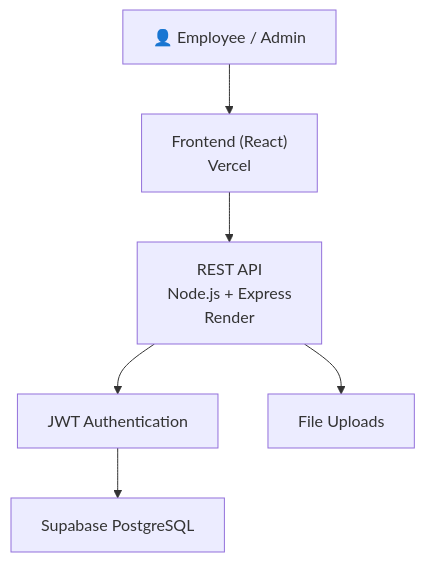
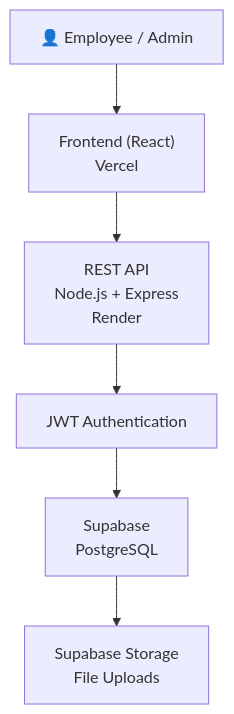
The diagram in README.md (neerajcoder1/employee-leave-manager), drawn with Mermaid before and after one commit.

````diff
--- a/README.md
+++ b/README.md
@@ -54,16 +54,16 @@
 ```mermaid
-graph TD
+flowchart TD
 
-User["👤 Employee / Admin"]
+    User["👤 Employee / Admin"]
 
-User --> FE["Frontend (React)<br/>Vercel"]
+    User --> FE["Frontend (React)<br/>Vercel"]
 
-FE --> API["REST API<br/>Node.js + Express<br/>Render"]
+    FE --> API["REST API<br/>Node.js + Express<br/>Render"]
 
-API --> AUTH["JWT Authentication"]
+    API --> JWT["JWT Authentication"]
 
-AUTH --> DB["Supabase PostgreSQL"]
+    JWT --> DB["Supabase<br/>PostgreSQL"]
 
-API --> FILES["File Uploads"]
+    DB --> STORAGE["Supabase Storage<br/>File Uploads"]
 
 ```
````
